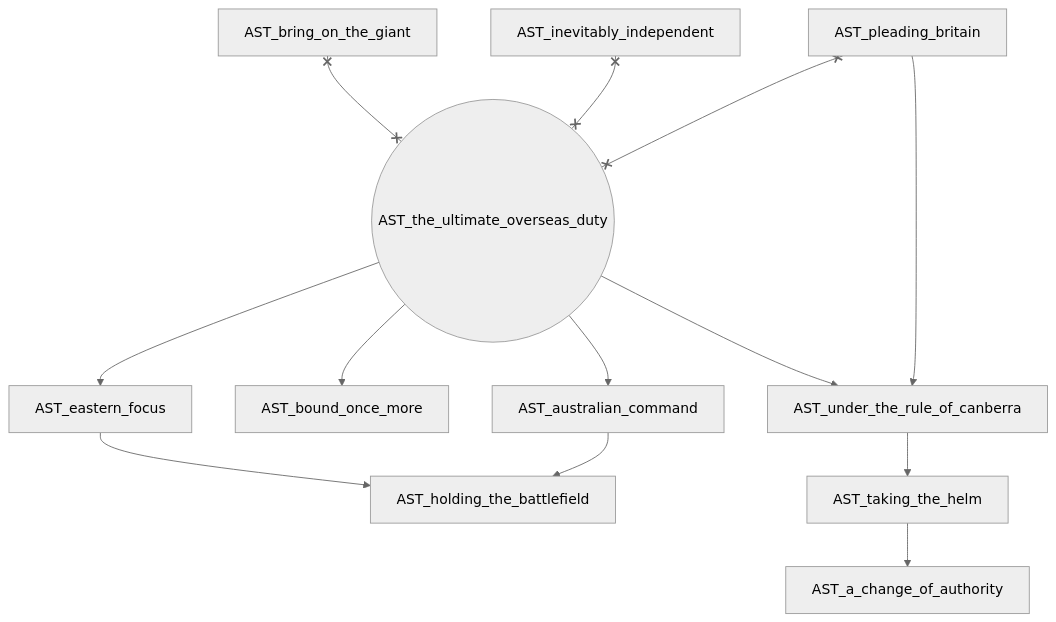
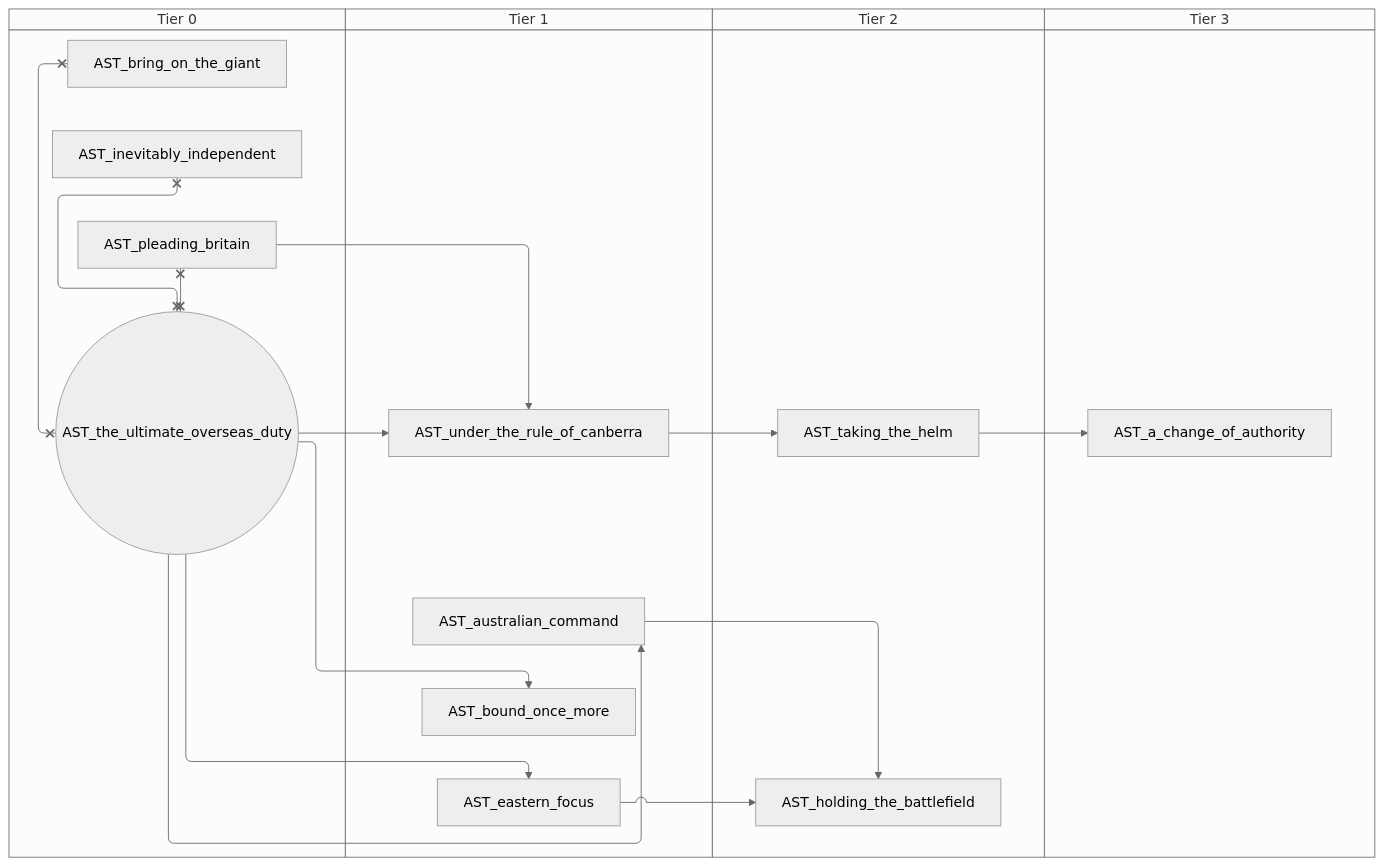
Diagram 13 of 15 in docs/gdd/National Focuses/r56/australia_taog.md (evgeny-sobol/hoi4-sandbox-mode-r56), drawn with Mermaid (neutral theme) before and after one commit. The commit also changed other lines of this file and 423 other files, not shown here.

First line of the commit message:
Re-export Rt56 focus trees as swimlane diagrams

````diff
--- a/docs/gdd/National Focuses/r56/australia_taog.md
+++ b/docs/gdd/National Focuses/r56/australia_taog.md
@@ -574,26 +692,34 @@
 ```mermaid
-flowchart TD
-    n169["AST_a_change_of_authority"]
-    n202["AST_australian_command"]
-    n203["AST_bound_once_more"]
-    n140["AST_bring_on_the_giant"]
-    n204["AST_eastern_focus"]
-    n205["AST_holding_the_battlefield"]
-    n144["AST_inevitably_independent"]
-    n145["AST_pleading_britain"]
-    n175["AST_taking_the_helm"]
-    n148(("AST_the_ultimate_overseas_duty"))
-    n176["AST_under_the_rule_of_canberra"]
-    n175 --> n169
-    n148 --> n202
-    n148 --> n203
-    n148 --> n204
+swimlane-beta TD
+    subgraph tier_0["Tier 0"]
+        n138["AST_bring_on_the_giant"]
+        n139["AST_inevitably_independent"]
+        n140["AST_pleading_britain"]
+        n141(("AST_the_ultimate_overseas_duty"))
+    end
+    subgraph tier_1["Tier 1"]
+        n202["AST_australian_command"]
+        n203["AST_bound_once_more"]
+        n204["AST_eastern_focus"]
+        n173["AST_under_the_rule_of_canberra"]
+    end
+    subgraph tier_2["Tier 2"]
+        n205["AST_holding_the_battlefield"]
+        n174["AST_taking_the_helm"]
+    end
+    subgraph tier_3["Tier 3"]
+        n176["AST_a_change_of_authority"]
+    end
+    n174 --> n176
+    n141 --> n202
+    n141 --> n203
+    n141 --> n204
     n204 --> n205
     n202 --> n205
-    n176 --> n175
-    n148 --> n176
-    n145 --> n176
-    n140 x--x n148
-    n144 x--x n148
-    n145 x--x n148
+    n173 --> n174
+    n141 --> n173
+    n140 --> n173
+    n138 x--x n141
+    n139 x--x n141
+    n140 x--x n141
 ```
````
